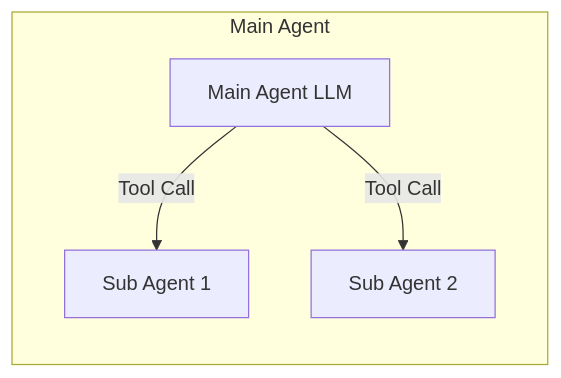
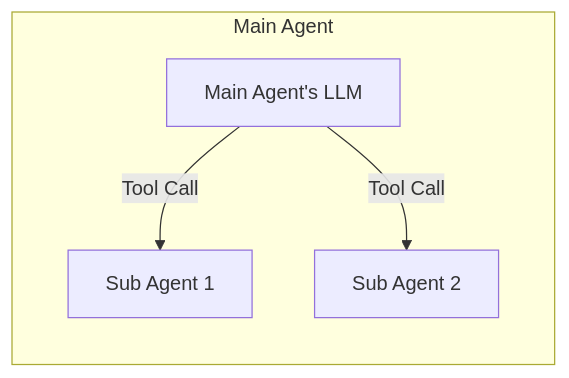
One commit to cloudwego/cloudwego.github.io changed the sixth of 10 diagrams in content/en/docs/eino/overview/graph_or_agent.md. Above: the diagram before and after it, drawn with Mermaid. The commit also changed other lines of this file and 141 other files, not shown here.

````diff
--- a/content/en/docs/eino/overview/graph_or_agent.md
+++ b/content/en/docs/eino/overview/graph_or_agent.md
@@ -145,11 +180,11 @@
 ```mermaid
 flowchart LR
   subgraph Main Agent
-    L[Main Agent LLM]
+    L[Main Agent's LLM]
     T1[Sub Agent 1]
     T2[Sub Agent 2]
 
     L-->|Tool Call|T1
     L-->|Tool Call|T2
   end
 ```
````
